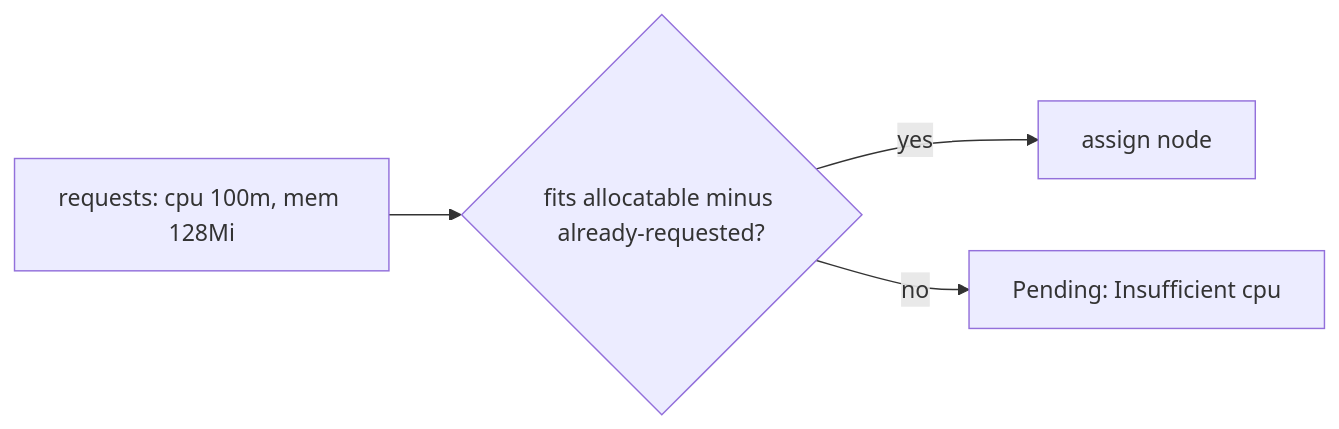
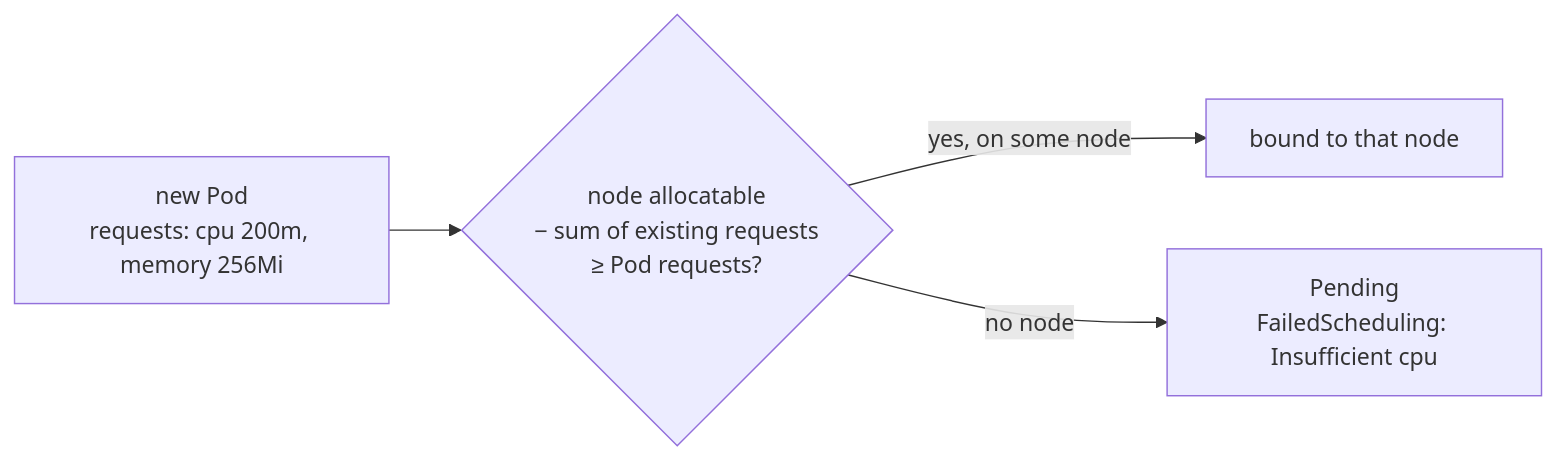
The first of 2 diagrams in docs/learn/reliability/requests-limits-and-pressure.md (darshan-raul/apollo11-docs), drawn with Mermaid before and after one commit. The commit also changed other lines of this file and 7 other files, not shown here.

````diff
--- a/docs/learn/reliability/requests-limits-and-pressure.md
+++ b/docs/learn/reliability/requests-limits-and-pressure.md
@@ -30,6 +43,6 @@
 ```mermaid
 flowchart LR
-  Pod["requests: cpu 100m, mem 128Mi"] --> Sched{fits allocatable minus already-requested?}
-  Sched -->|yes| Bind[assign node]
-  Sched -->|no| Pending["Pending: Insufficient cpu"]
+  P["new Pod<br/>requests: cpu 200m, memory 256Mi"] --> Q{"node allocatable<br/>− sum of existing requests<br/>≥ Pod requests?"}
+  Q -->|"yes, on some node"| B["bound to that node"]
+  Q -->|"no node"| Pend["Pending<br/>FailedScheduling: Insufficient cpu"]
 ```
````
